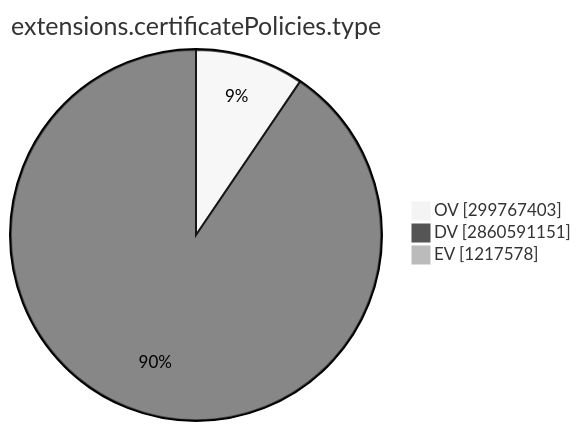
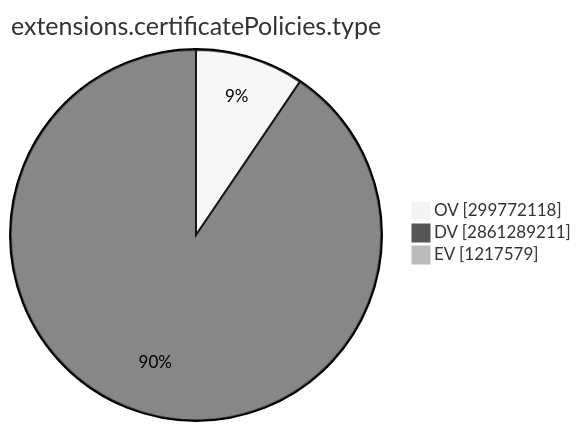
The ninth of 15 diagrams in TOTAL/README.md (christiankrug/ctmonitor_visualization), drawn with Mermaid (neutral theme) before and after one commit. The commit also changed other lines of this file, not shown here.

````diff
--- a/TOTAL/README.md
+++ b/TOTAL/README.md
@@ -3101,7 +3101,7 @@
 ```mermaid
 pie showData
 title extensions.certificatePolicies.type
-"OV" :299767403
-"DV" :2860591151
-"EV" :1217578
+"OV" :299772118
+"DV" :2861289211
+"EV" :1217579
 ```
````
